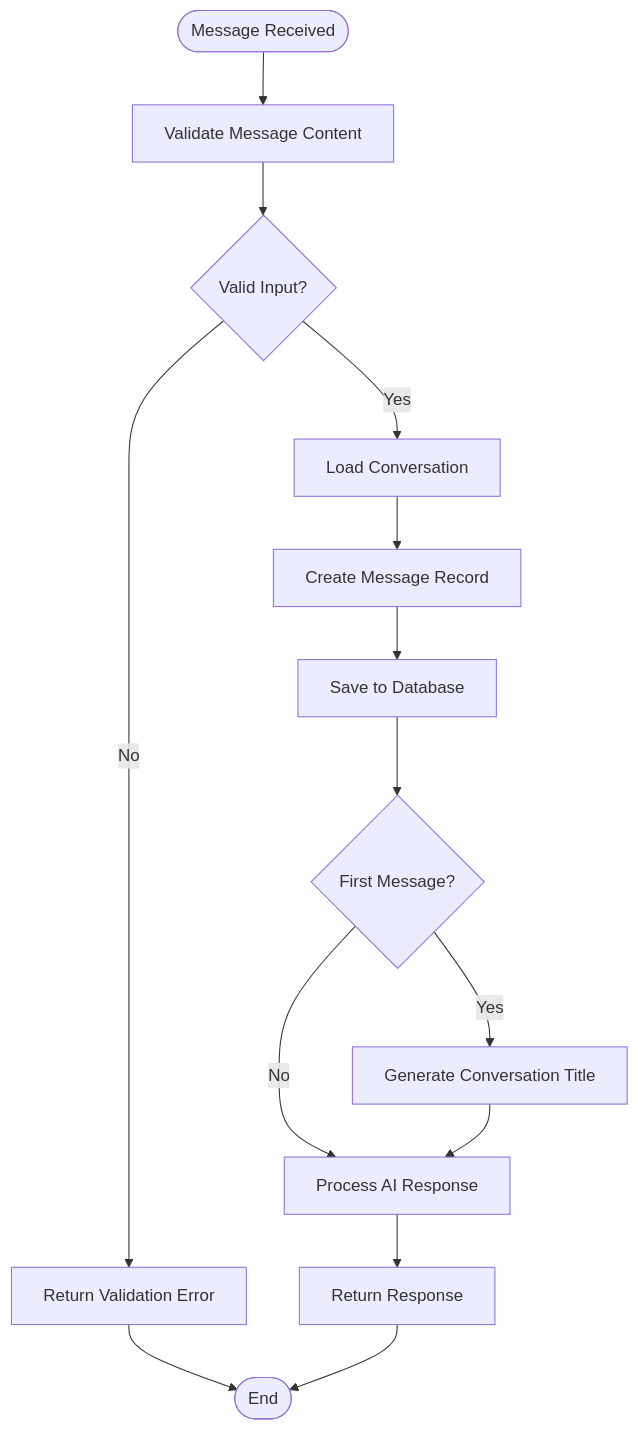
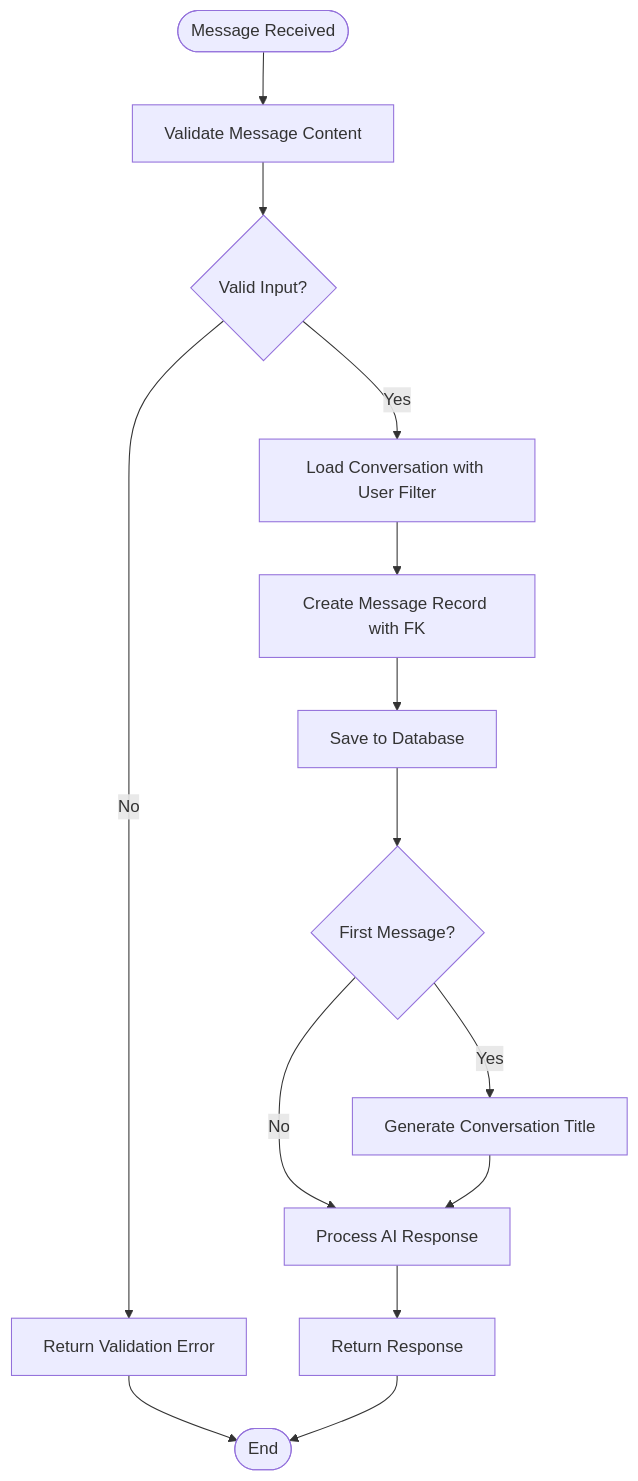
Before and after one commit to siimliimand/laravel-assistant: the fourth of 8 diagrams in .qoder/repowiki/en/content/Database and Data Management/Conversation Persistence System.md, drawn with Mermaid. The commit also changed other lines of this file and 5 other files, not shown here.

````diff
--- a/.qoder/repowiki/en/content/Database and Data Management/Conversation Persistence System.md
+++ b/.qoder/repowiki/en/content/Database and Data Management/Conversation Persistence System.md
@@ -220,16 +284,16 @@
 ```mermaid
 flowchart TD
 Start([Message Received]) --> ValidateInput["Validate Message Content"]
 ValidateInput --> InputValid{"Valid Input?"}
 InputValid --> |No| ReturnError["Return Validation Error"]
-InputValid --> |Yes| LoadConversation["Load Conversation"]
-LoadConversation --> CreateMessage["Create Message Record"]
+InputValid --> |Yes| LoadConversation["Load Conversation with User Filter"]
+LoadConversation --> CreateMessage["Create Message Record with FK"]
 CreateMessage --> SaveToDB["Save to Database"]
 SaveToDB --> UpdateTitle{"First Message?"}
 UpdateTitle --> |Yes| GenerateTitle["Generate Conversation Title"]
 UpdateTitle --> |No| ProcessAI["Process AI Response"]
 GenerateTitle --> ProcessAI
 ProcessAI --> ReturnResponse["Return Response"]
 ReturnError --> End([End])
 ReturnResponse --> End
 ```
````
